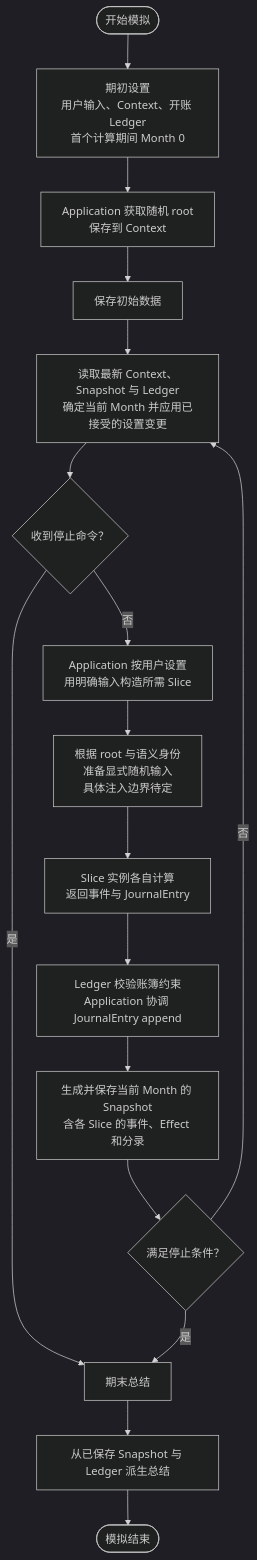
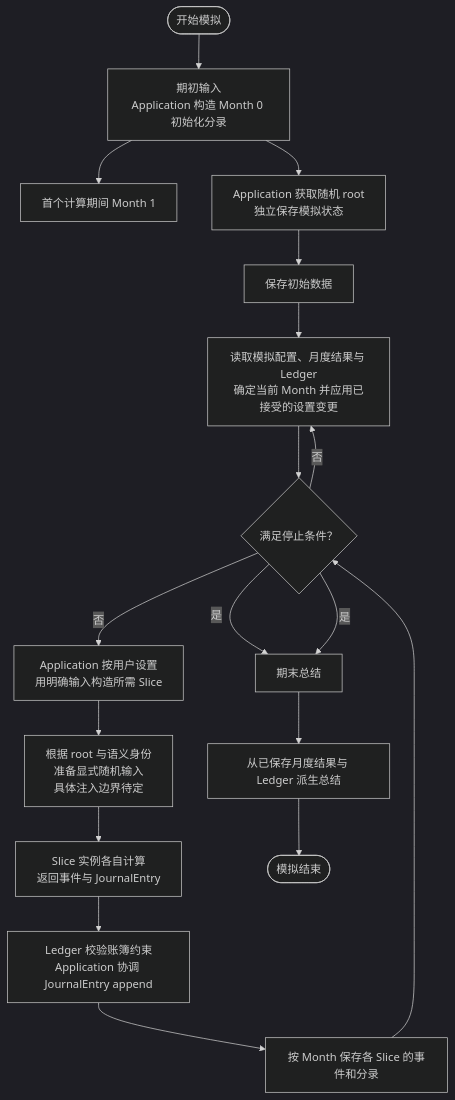
Before and after one commit to bearfighting/property-simulator: the second of 2 diagrams in docs/project-structure.md, drawn with Mermaid (dark theme). The commit also changed other lines of this file and 32 other files, not shown here.

Commit message:
docs(architecture): record static persistence ports

````diff
--- a/docs/project-structure.md
+++ b/docs/project-structure.md
@@ -113,19 +106,20 @@
 ```mermaid
 flowchart TD
-    Start([开始模拟]) --> Initial[期初设置<br/>用户输入、Context、开账 Ledger<br/>首个计算期间 Month 0]
-    Initial --> Root[Application 获取随机 root<br/>保存到 Context]
+    Start([开始模拟]) --> Initial[期初输入<br/>Application 构造 Month 0 初始化分录]
+    Initial --> First[首个计算期间 Month 1]
+    Initial --> Root[Application 获取随机 root<br/>独立保存模拟状态]
     Root --> SaveInitial[保存初始数据]
-    SaveInitial --> MonthStart[读取最新 Context、Snapshot 与 Ledger<br/>确定当前 Month 并应用已接受的设置变更]
-    MonthStart --> StopCommand{收到停止命令？}
-    StopCommand -- 是 --> Summary[期末总结]
-    StopCommand -- 否 --> Create[Application 按用户设置<br/>用明确输入构造所需 Slice]
+    SaveInitial --> MonthStart[读取模拟配置、月度结果与 Ledger<br/>确定当前 Month 并应用已接受的设置变更]
+    MonthStart --> StopCondition{任一停止条件满足？}
+    StopCondition -- 是 --> Summary[期末总结]
+    StopCondition -- 否 --> Create[Application 按用户设置<br/>用明确输入构造所需 Slice]
     Create --> Random[根据 root 与语义身份<br/>准备显式随机输入<br/>具体注入边界待定]
     Random --> Evaluate[Slice 实例各自计算<br/>返回事件与 JournalEntry]
     Evaluate --> Settle[Ledger 校验账簿约束<br/>Application 协调 JournalEntry append]
-    Settle --> Snapshot[生成并保存当前 Month 的 Snapshot<br/>含各 Slice 的事件、Effect 和分录]
-    Snapshot --> StopCondition{满足停止条件？}
+    Settle --> SaveMonth[按 Month 保存各 Slice 的事件和分录]
+    SaveMonth --> StopCondition{满足停止条件？}
     StopCondition -- 否 --> MonthStart
     StopCondition -- 是 --> Summary
-    Summary --> Report[从已保存 Snapshot 与 Ledger 派生总结]
+    Summary --> Report[从已保存月度结果与 Ledger 派生总结]
     Report --> End([模拟结束])
 ```
````
